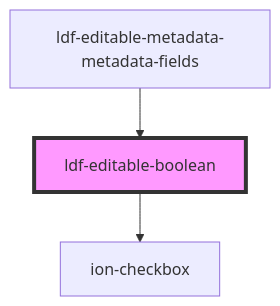
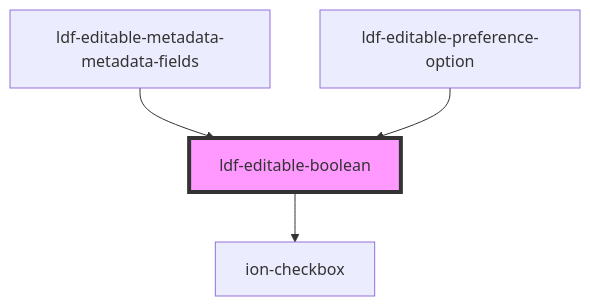
Before and after one commit to gbj/venite: the diagram in components/src/components/editable-boolean/readme.md, drawn with Mermaid. The commit also changed other lines of this file and 18 other files, not shown here.

````diff
--- a/components/src/components/editable-boolean/readme.md
+++ b/components/src/components/editable-boolean/readme.md
@@ -35,6 +36,7 @@
 ```mermaid
 graph TD;
   ldf-editable-boolean --> ion-checkbox
   ldf-editable-metadata-metadata-fields --> ldf-editable-boolean
+  ldf-editable-preference-option --> ldf-editable-boolean
   style ldf-editable-boolean fill:#f9f,stroke:#333,stroke-width:4px
 ```
````
